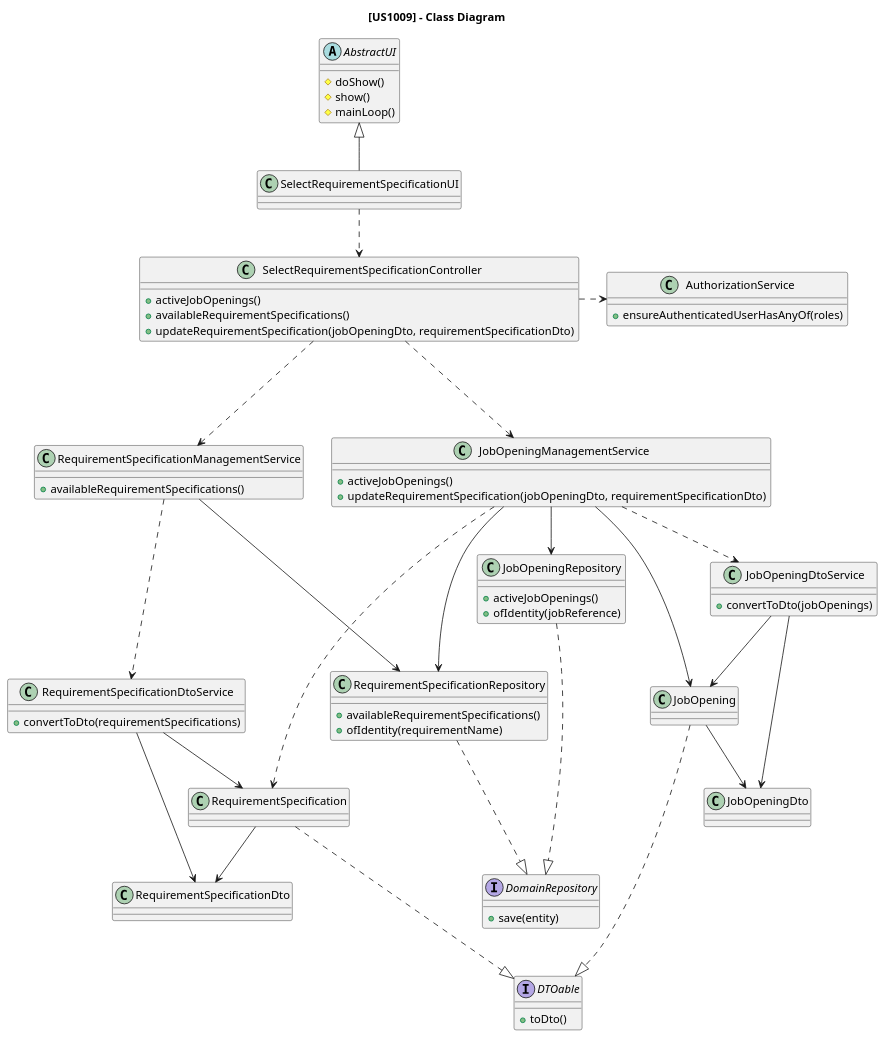
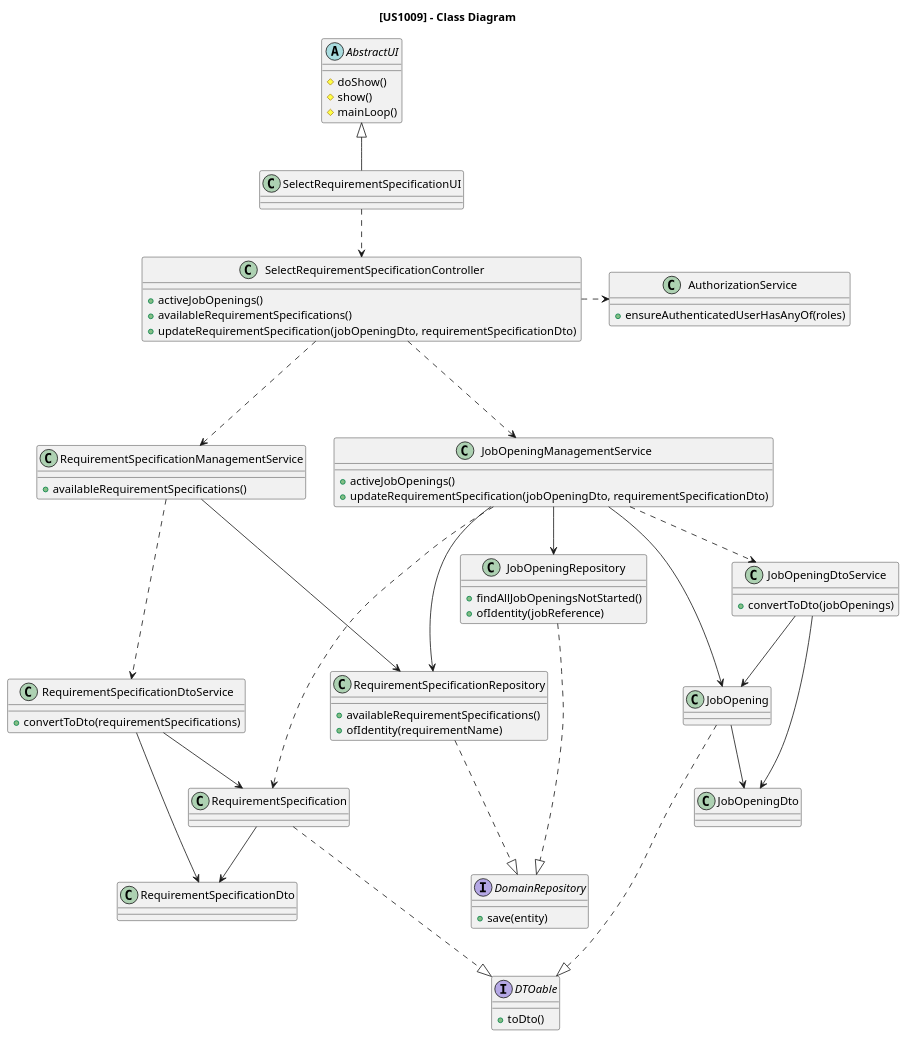
One commit to rita-barbosa/LAPR4-2324 changed the diagram in docs/sb_us_1009/class-diagram.puml. Above: the diagram before and after it, drawn with PlantUML. The commit also changed 3 other files, not shown here.

Commit message:
doc: updates diagrams to correct some inconsistences with other user stories. [#109]

```diff
--- a/docs/sb_us_1009/class-diagram.puml
+++ b/docs/sb_us_1009/class-diagram.puml
@@ -1,86 +1,86 @@
 @startuml
 
 title [US1009] - Class Diagram
 
 abstract class AbstractUI {
     # doShow()
     # show()
     # mainLoop()
 }
 
 class AuthorizationService {
     +  ensureAuthenticatedUserHasAnyOf(roles)
 }
 
 class JobOpeningManagementService {
 + activeJobOpenings()
 + updateRequirementSpecification(jobOpeningDto, requirementSpecificationDto)
 }
 class JobOpeningDtoService {
 + convertToDto(jobOpenings)
 }
 
 class RequirementSpecificationManagementService {
 + availableRequirementSpecifications()
 }
 class RequirementSpecificationDtoService {
 + convertToDto(requirementSpecifications)
 }
 
 class SelectRequirementSpecificationUI {}
 
 class SelectRequirementSpecificationController{
 + activeJobOpenings()
 + availableRequirementSpecifications()
 + updateRequirementSpecification(jobOpeningDto, requirementSpecificationDto)
 }
 
 class JobOpeningRepository{
-+ activeJobOpenings()
++ findAllJobOpeningsNotStarted()
 + ofIdentity(jobReference)
 }
 class RequirementSpecificationRepository{
 + availableRequirementSpecifications()
 + ofIdentity(requirementName)
 }
 interface DomainRepository{
 + save(entity)
 }
 class JobOpening{
 }
 class RequirementSpecification{
 }
 interface DTOable {
 + toDto()
 }
 
 
 AbstractUI <|-- SelectRequirementSpecificationUI
 SelectRequirementSpecificationUI .-> SelectRequirementSpecificationController
 
 SelectRequirementSpecificationController .> AuthorizationService
 SelectRequirementSpecificationController .--> JobOpeningManagementService
 SelectRequirementSpecificationController .--> RequirementSpecificationManagementService
 
 JobOpeningManagementService --> JobOpeningRepository
 JobOpeningManagementService .-> JobOpeningDtoService
 JobOpeningDtoService --> JobOpening
 JobOpeningManagementService --> JobOpening
 JobOpeningManagementService .-> RequirementSpecification
 JobOpeningManagementService ---> RequirementSpecificationRepository
 JobOpeningDtoService --> JobOpeningDto
 
 RequirementSpecificationManagementService --> RequirementSpecificationRepository
 RequirementSpecificationManagementService .--> RequirementSpecificationDtoService
 RequirementSpecificationDtoService --> RequirementSpecification
 RequirementSpecificationDtoService --> RequirementSpecificationDto
 
 JobOpeningRepository .--|> DomainRepository
 RequirementSpecificationRepository .--|> DomainRepository
 
 JobOpening .--|> DTOable
 RequirementSpecification .--|> DTOable
 JobOpening --> JobOpeningDto
 RequirementSpecification --> RequirementSpecificationDto
 
 @enduml
```
